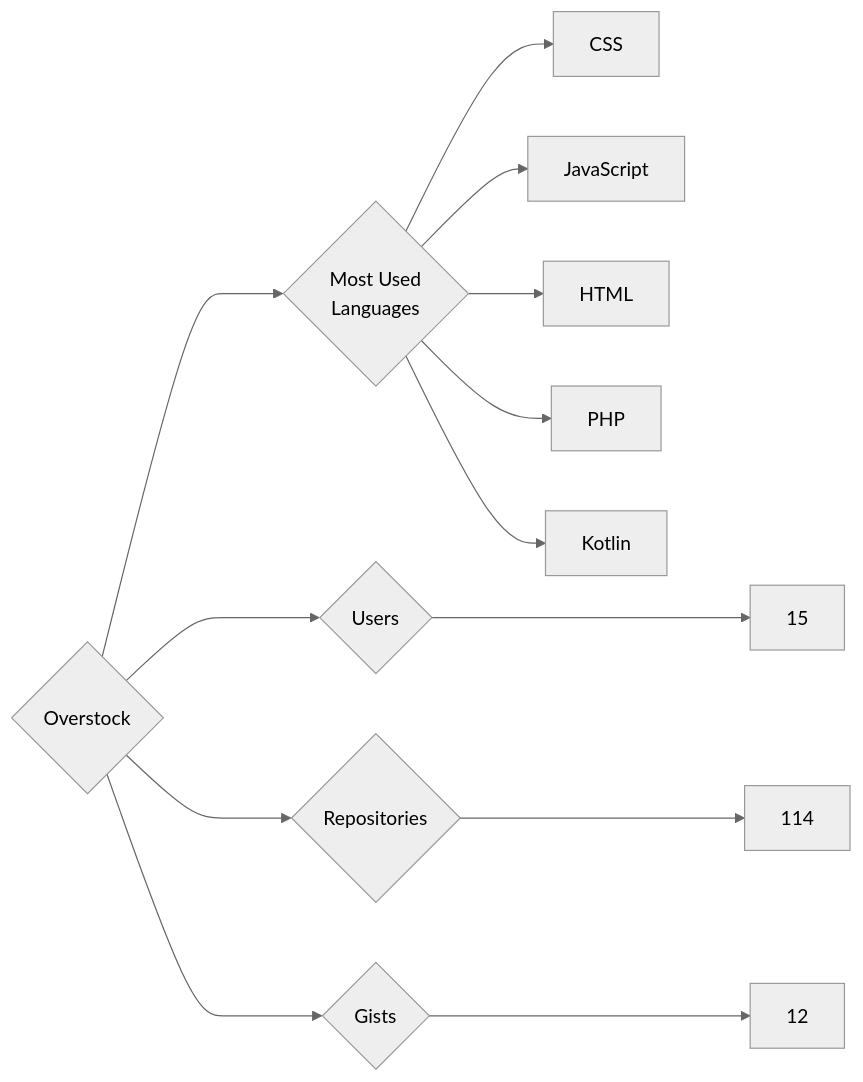
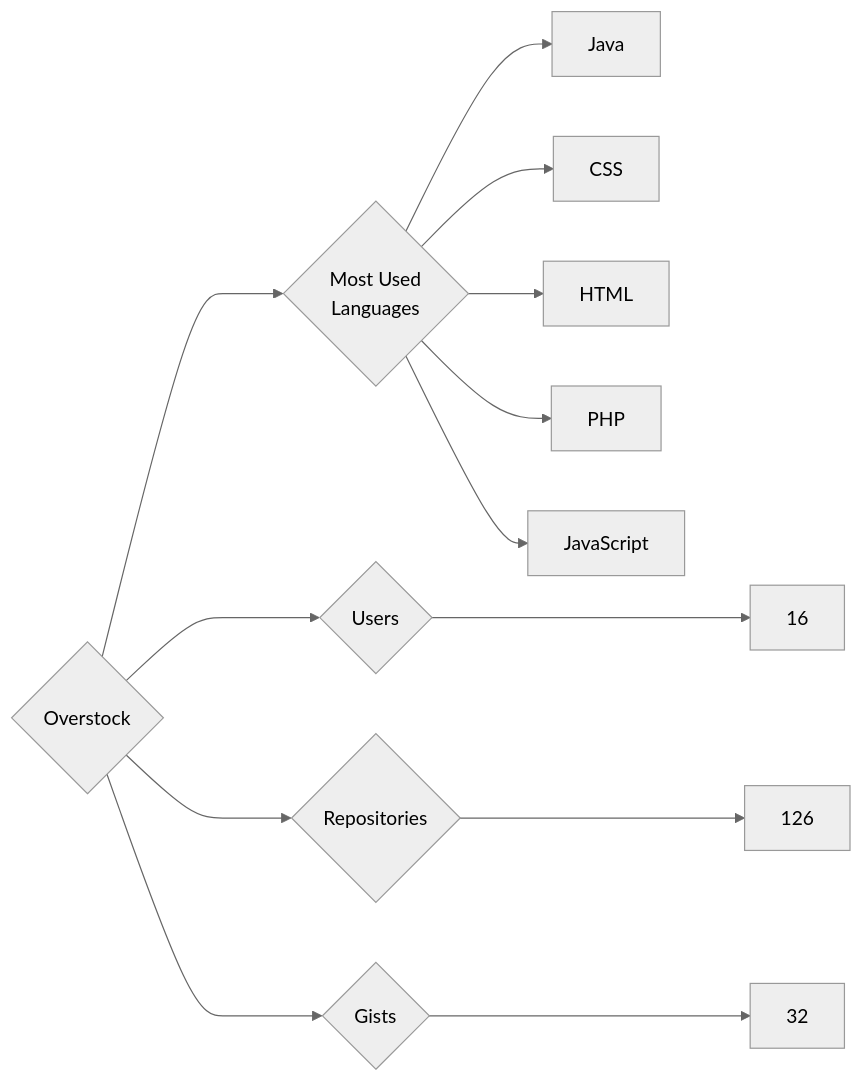
The diagram in targets/Overstock/README.md (trickest/insiders), drawn with Mermaid (neutral theme) before and after one commit. The commit also changed 948 other files, not shown here.

````diff
--- a/targets/Overstock/README.md
+++ b/targets/Overstock/README.md
@@ -3,13 +3,13 @@
 ```mermaid
 graph LR
 COMPANY_NAME{Overstock}
-COMPANY_NAME ---> U{Users} ---> UN[15]
-COMPANY_NAME ---> R{Repositories} ---> RN[114]
-COMPANY_NAME ---> G{Gists} ---> GN[12]
+COMPANY_NAME ---> U{Users} ---> UN[16]
+COMPANY_NAME ---> R{Repositories} ---> RN[126]
+COMPANY_NAME ---> G{Gists} ---> GN[32]
 COMPANY_NAME ---> ML{Most Used<br>Languages}
+ML --> Java[Java]
 ML --> CSS[CSS]
-ML --> JavaScript[JavaScript]
 ML --> HTML[HTML]
 ML --> PHP[PHP]
-ML --> Kotlin[Kotlin]
+ML --> JavaScript[JavaScript]
 ```
````
